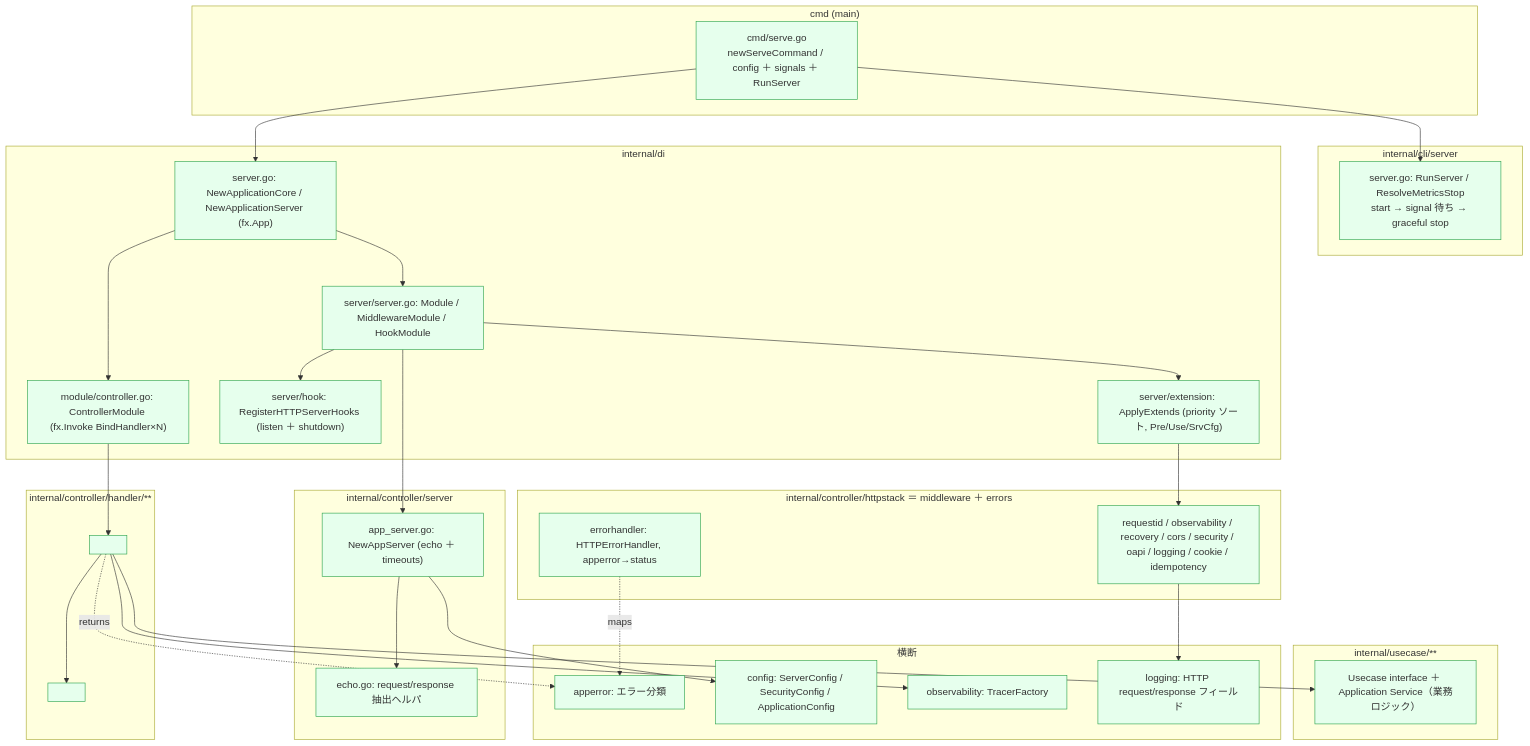
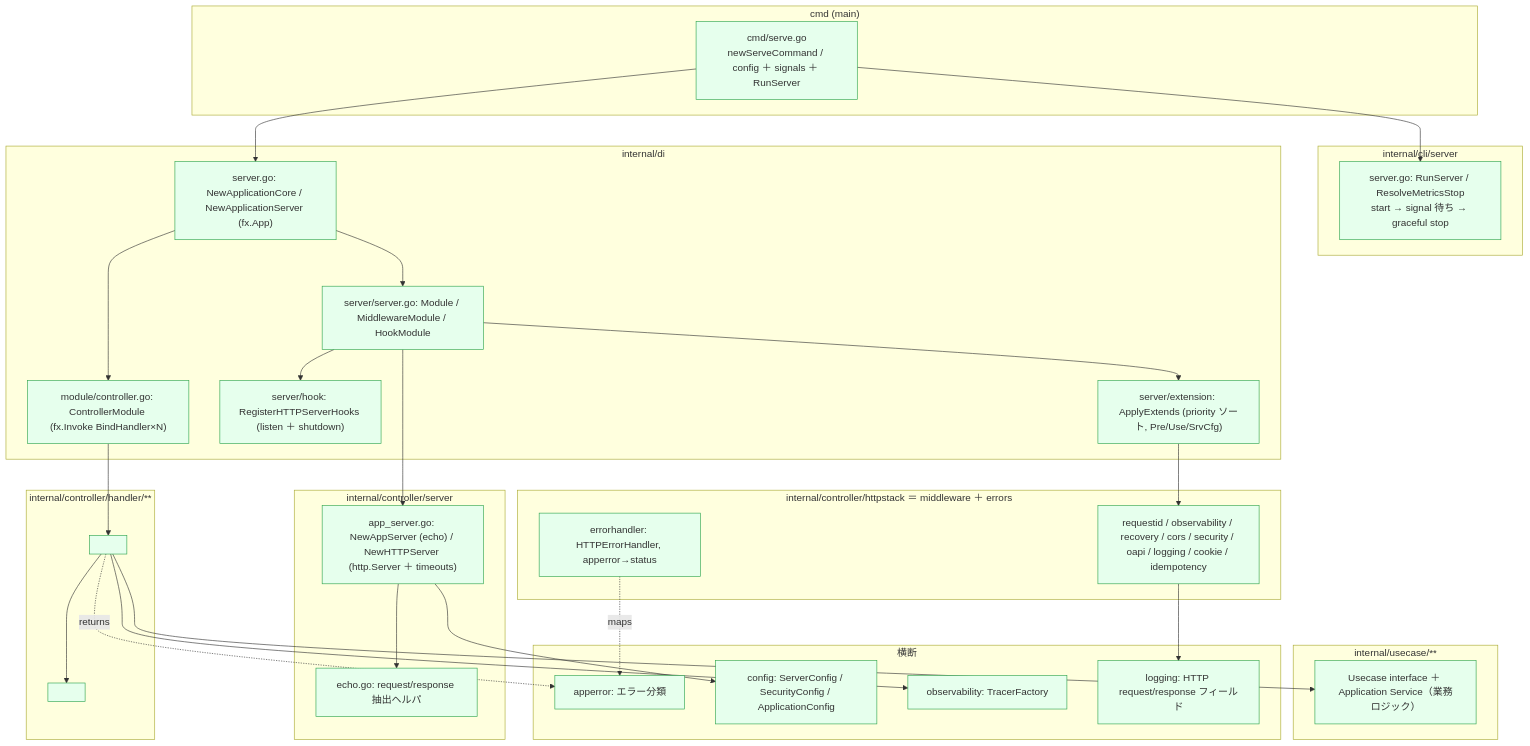
The fourth of 6 diagrams in docs/portal/guides/ja/rest-design.ja.md (Tomy-ch/go-boilerplate), drawn with Mermaid before and after one commit. The commit also changed other lines of this file and 1741 other files, not shown here.

````diff
--- a/docs/portal/guides/ja/rest-design.ja.md
+++ b/docs/portal/guides/ja/rest-design.ja.md
@@ -114,58 +114,58 @@
 ```mermaid
 flowchart TD
     subgraph cmdL["cmd (main)"]
         CMD["cmd/serve.go<br/>newServeCommand / config ＋ signals ＋ RunServer"]
     end
     subgraph cliL["internal/cli/server"]
         CLI["server.go: RunServer / ResolveMetricsStop<br/>start → signal 待ち → graceful stop"]
     end
     subgraph diL["internal/di"]
         DIA["server.go: NewApplicationCore / NewApplicationServer (fx.App)"]
         DISRV["server/server.go: Module / MiddlewareModule / HookModule"]
         DIEXT["server/extension: ApplyExtends (priority ソート, Pre/Use/SrvCfg)"]
         DIHOOK["server/hook: RegisterHTTPServerHooks (listen ＋ shutdown)"]
         DICTRL["module/controller.go: ControllerModule (fx.Invoke BindHandler×N)"]
     end
     subgraph srvL["internal/controller/server"]
-        APPSRV["app_server.go: NewAppServer (echo ＋ timeouts)"]
+        APPSRV["app_server.go: NewAppServer (echo) / NewHTTPServer (http.Server ＋ timeouts)"]
         ECHOH["echo.go: request/response 抽出ヘルパ"]
     end
     subgraph mwL["internal/controller/httpstack  ＝ middleware ＋ errors"]
         MW["requestid / observability / recovery / cors / security / oapi / logging / cookie / idempotency"]
         EH["errorhandler: HTTPErrorHandler, apperror→status"]
     end
     subgraph hdlL["internal/controller/handler/**"]
         HDL["<path>/*_handler.go: BindHandler ＋ server{} ＋ operationId ごと 1 メソッド"]
         GEN["<path>/gen: server.gen.go (ServerInterface, RegisterHandlers, NewStrictHandler) ＋ type.gen.go"]
     end
     subgraph ucL["internal/usecase/**"]
         UC["Usecase interface ＋ Application Service（業務ロジック）"]
     end
     subgraph crossL["横断"]
         APPERR["apperror: エラー分類"]
         CFG["config: ServerConfig / SecurityConfig / ApplicationConfig"]
         OTEL["observability: TracerFactory"]
         LOG["logging: HTTP request/response フィールド"]
     end
 
     CMD --> CLI
     CMD --> DIA
     DIA --> DISRV
     DISRV --> DIEXT
     DISRV --> DIHOOK
     DISRV --> APPSRV
     DIA --> DICTRL
     DICTRL --> HDL
     HDL --> GEN
     HDL --> UC
     DIEXT --> MW
     APPSRV --> ECHOH
     EH -.maps.-> APPERR
     HDL -.returns.-> APPERR
     APPSRV --> CFG
     HDL --> OTEL
     MW --> LOG
 
     classDef done fill:#e6ffed,stroke:#2da44e;
     class CMD,CLI,DIA,DISRV,DIEXT,DIHOOK,DICTRL,APPSRV,ECHOH,MW,EH,HDL,GEN,UC,APPERR,CFG,OTEL,LOG done;
 ```
````
